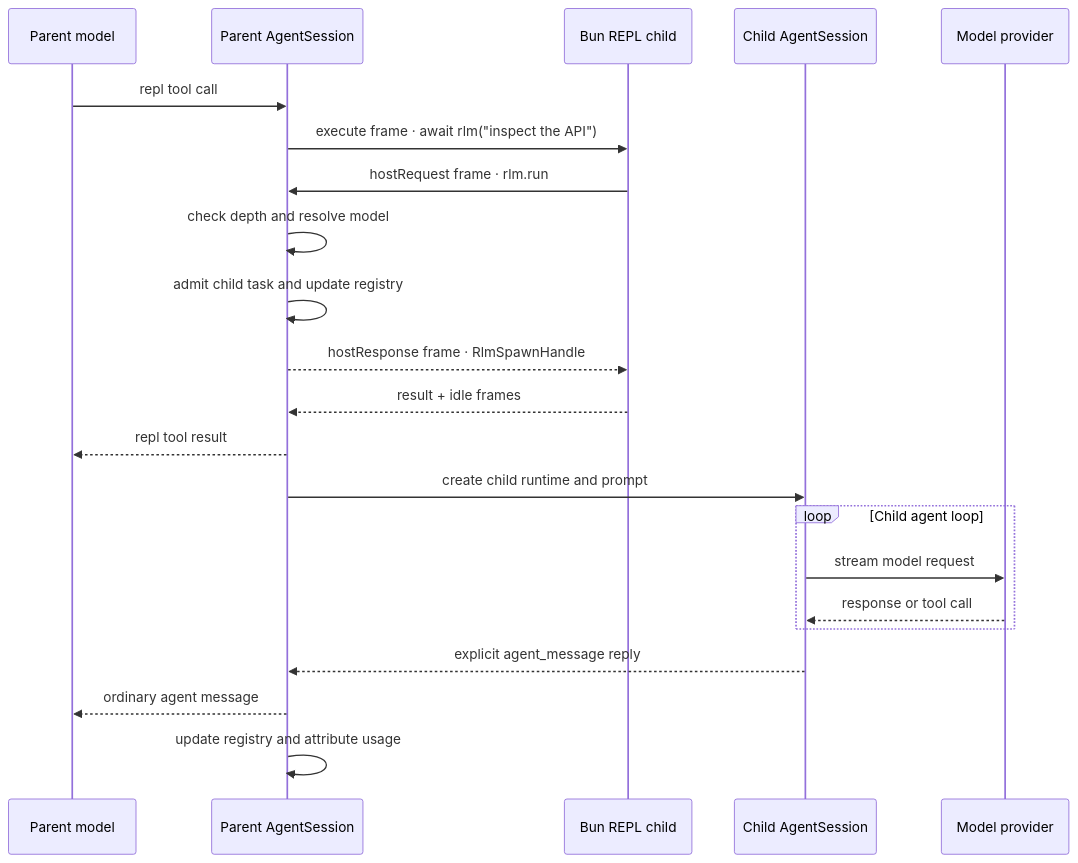
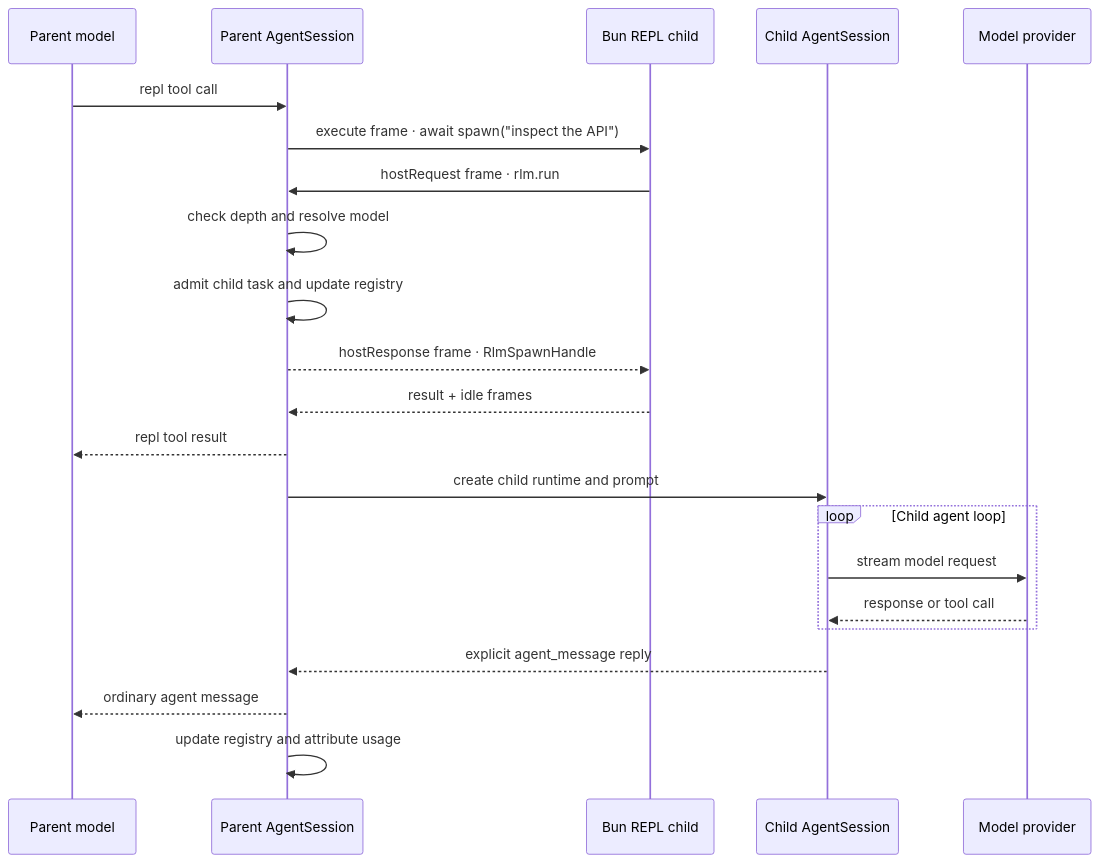
Before and after one commit to pde-rent/optimus-prime: the second of 2 diagrams in packages/coding-agent/docs/rlm-runtime.md, drawn with Mermaid. The commit also changed other lines of this file and 22 other files, not shown here.

````diff
--- a/packages/coding-agent/docs/rlm-runtime.md
+++ b/packages/coding-agent/docs/rlm-runtime.md
@@ -38,25 +38,25 @@
 ```mermaid
 sequenceDiagram
     participant M as Parent model
     participant H as Parent AgentSession
     participant R as Bun REPL child
     participant C as Child AgentSession
     participant P as Model provider
 
     M->>H: repl tool call
-    H->>R: execute frame · await rlm("inspect the API")
+    H->>R: execute frame · await spawn("inspect the API")
     R->>H: hostRequest frame · rlm.run
     H->>H: check depth and resolve model
     H->>H: admit child task and update registry
     H-->>R: hostResponse frame · RlmSpawnHandle
     R-->>H: result + idle frames
     H-->>M: repl tool result
     H->>C: create child runtime and prompt
     loop Child agent loop
         C->>P: stream model request
         P-->>C: response or tool call
     end
     C-->>H: explicit agent_message reply
     H-->>M: ordinary agent message
     H->>H: update registry and attribute usage
 ```
````
